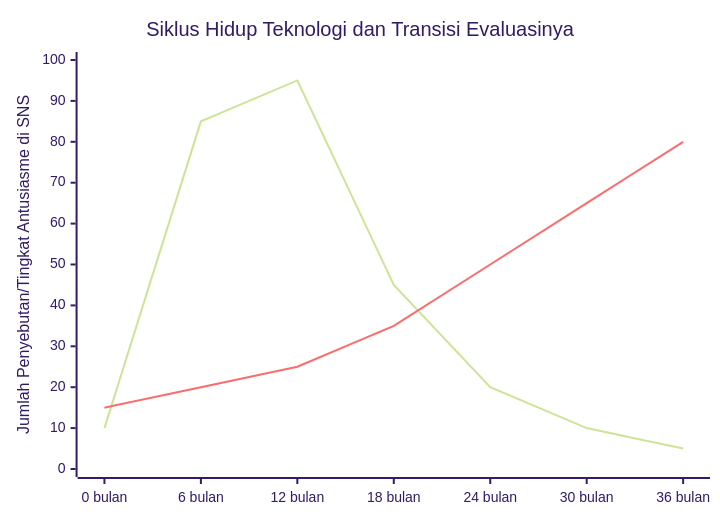
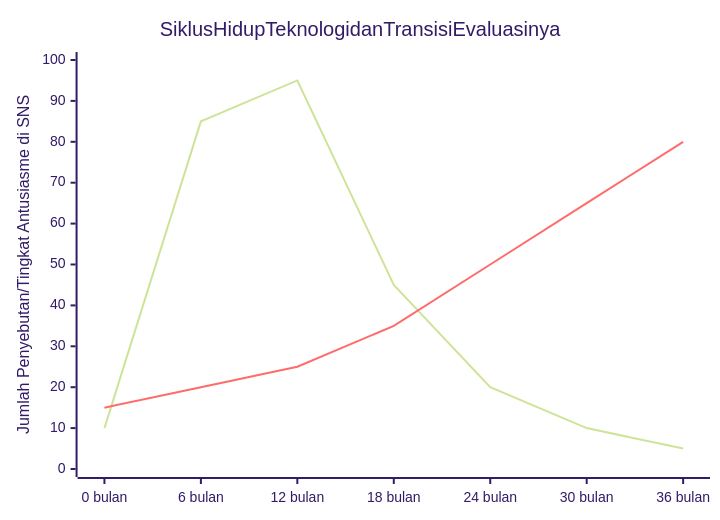
The second of 2 diagrams in content/post/sns_algorithm/index.id.md (kenjinote/blog), drawn with Mermaid (forest theme) before and after one commit. The commit also changed other lines of this file and 703 other files, not shown here.

Commit message:
Fix: Remove quotes from Mermaid link texts and timeline definitions to support Mermaid 11.4.1

````diff
--- a/content/post/sns_algorithm/index.id.md
+++ b/content/post/sns_algorithm/index.id.md
@@ -122,8 +122,8 @@
 ```mermaid
 xychart-beta
-    title "Siklus Hidup Teknologi dan Transisi Evaluasinya"
+    title Siklus Hidup Teknologi dan Transisi Evaluasinya
     x-axis ["0 bulan", "6 bulan", "12 bulan", "18 bulan", "24 bulan", "30 bulan", "36 bulan"]
     y-axis "Jumlah Penyebutan/Tingkat Antusiasme di SNS" 0 --> 100
     line [10, 85, 95, 45, 20, 10, 5]
     line [15, 20, 25, 35, 50, 65, 80]
 ```
````
